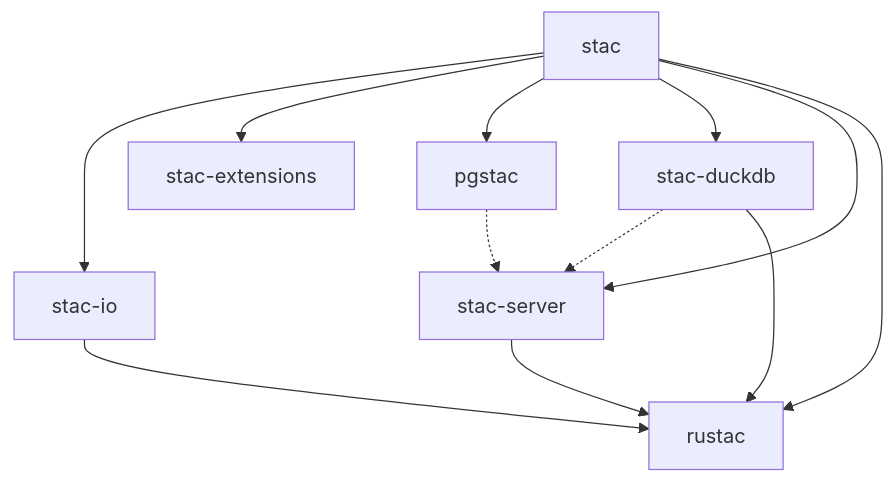
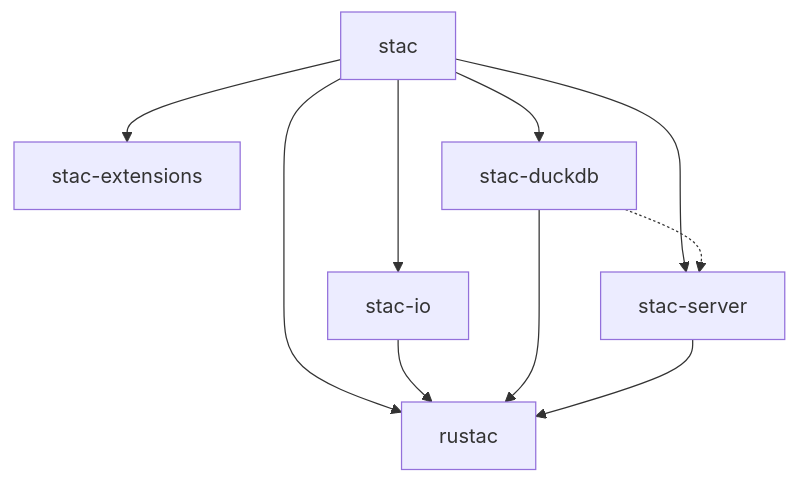
One commit to stac-utils/rustac changed the diagram in README.md. Above: the diagram before and after it, drawn with Mermaid. The commit also changed other lines of this file and 17 other files, not shown here.

````diff
--- a/README.md
+++ b/README.md
@@ -72,14 +71,12 @@
 ```mermaid
 graph TD
     stac --> stac-io
     stac --> stac-extensions
-    stac --> pgstac
     stac --> stac-duckdb
     stac --> stac-server
-    pgstac -.-> stac-server
     stac-duckdb -.-> stac-server
     stac --> rustac
     stac-io --> rustac
     stac-duckdb --> rustac
     stac-server --> rustac
 ```
````
